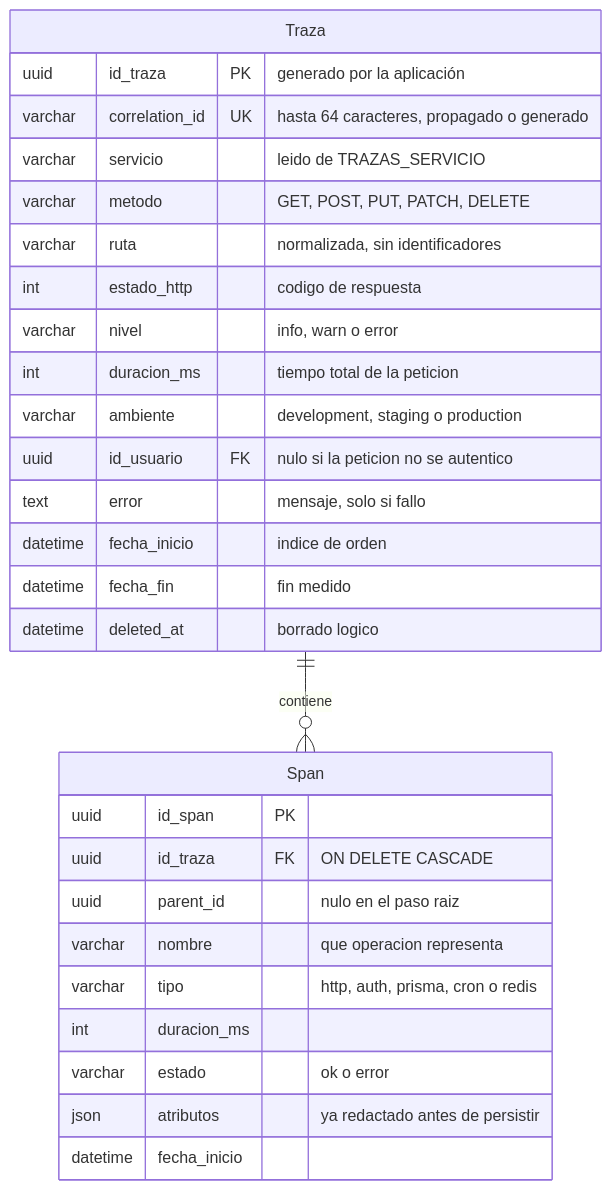
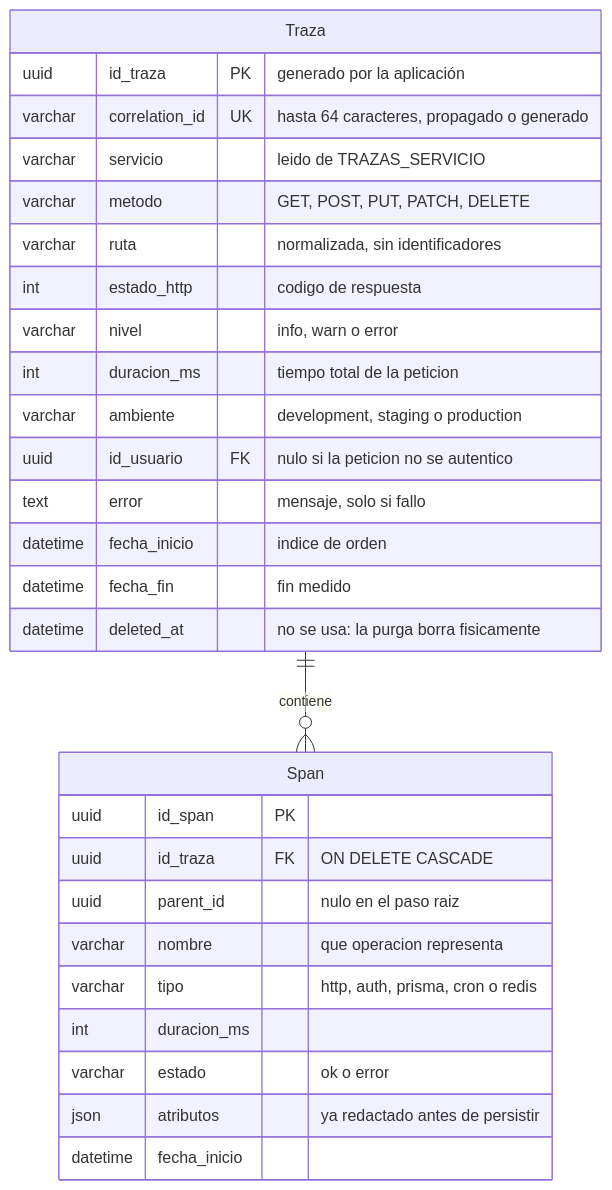
The diagram in specs/006-visor-trazabilidad-logs-tracers/data-model.md (CodeCastersD20/GoblinHub_CodeCasters), drawn with Mermaid before and after one commit. The commit also changed other lines of this file and 3 other files, not shown here.

````diff
--- a/specs/006-visor-trazabilidad-logs-tracers/data-model.md
+++ b/specs/006-visor-trazabilidad-logs-tracers/data-model.md
@@ -18,33 +18,33 @@
 ```mermaid
 erDiagram
     Traza ||--o{ Span : "contiene"
 
     Traza {
         uuid     id_traza       PK "generado por la aplicación"
         varchar  correlation_id UK "hasta 64 caracteres, propagado o generado"
         varchar  servicio       "leido de TRAZAS_SERVICIO"
         varchar  metodo         "GET, POST, PUT, PATCH, DELETE"
         varchar  ruta           "normalizada, sin identificadores"
         int      estado_http    "codigo de respuesta"
         varchar  nivel          "info, warn o error"
         int      duracion_ms    "tiempo total de la peticion"
         varchar  ambiente       "development, staging o production"
         uuid     id_usuario     FK "nulo si la peticion no se autentico"
         text     error          "mensaje, solo si fallo"
         datetime fecha_inicio   "indice de orden"
         datetime fecha_fin      "fin medido"
-        datetime deleted_at     "borrado logico"
+        datetime deleted_at     "no se usa: la purga borra fisicamente"
     }
 
     Span {
         uuid     id_span     PK
         uuid     id_traza    FK "ON DELETE CASCADE"
         uuid     parent_id   "nulo en el paso raiz"
         varchar  nombre      "que operacion representa"
         varchar  tipo        "http, auth, prisma, cron o redis"
         int      duracion_ms
         varchar  estado      "ok o error"
         json     atributos   "ya redactado antes de persistir"
         datetime fecha_inicio
     }
 ```
````
